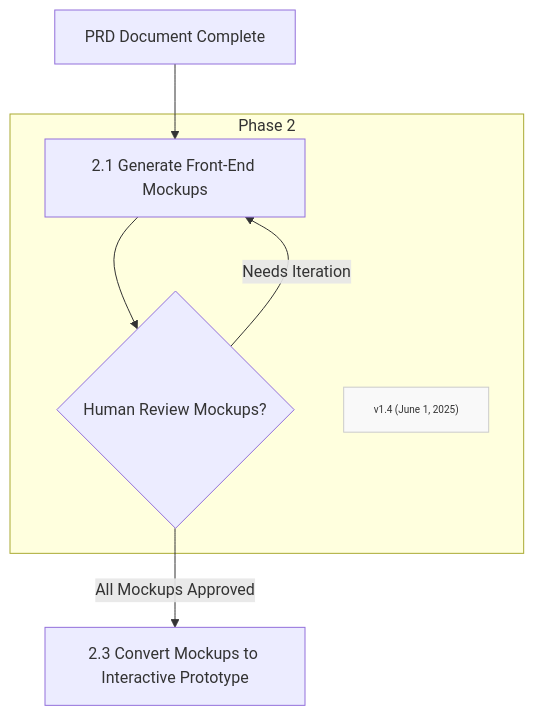
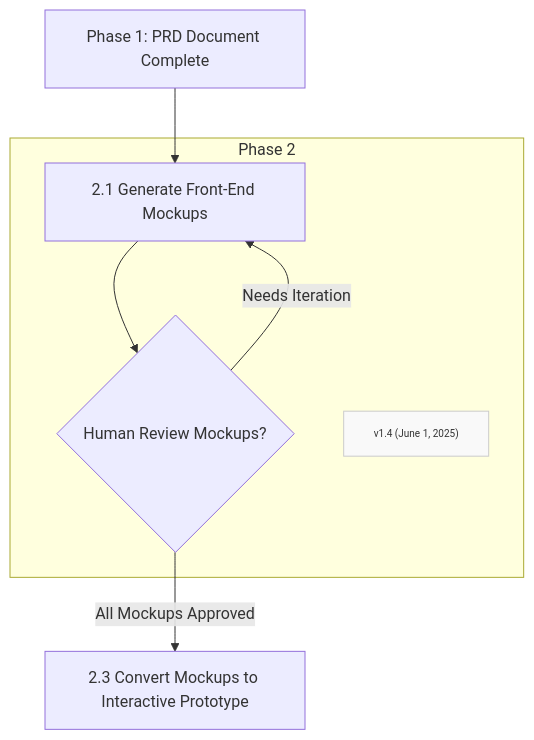
The diagram in Method/FF-phase2.md (Mharbulous/Front-First-Method), drawn with Mermaid before and after one commit. The commit also changed 2 other files, not shown here.

Commit message:
Refined diagrams

````diff
--- a/Method/FF-phase2.md
+++ b/Method/FF-phase2.md
@@ -3,15 +3,15 @@
 ```mermaid
 graph TD
     
-    B1["PRD Document Complete"] --> B2["2.1 Generate Front-End Mockups"]    
+    B1["Phase 1: PRD Document Complete"] --> B2["2.1 Generate Front-End Mockups"]    
     subgraph Phase2["Phase 2"]
         B2 --> B2_Val{"Human Review Mockups?"}
         B2_Val -->|Needs Iteration| B2
         Version["v1.4 (June 1, 2025)"]
         classDef version fill:#f9f9f9,stroke:#ccc,font-size:10px
         class Version version
     end
 B2_Val -->|All Mockups Approved| B3["2.3 Convert Mockups to Interactive Prototype"]
 
 
 ```
````
